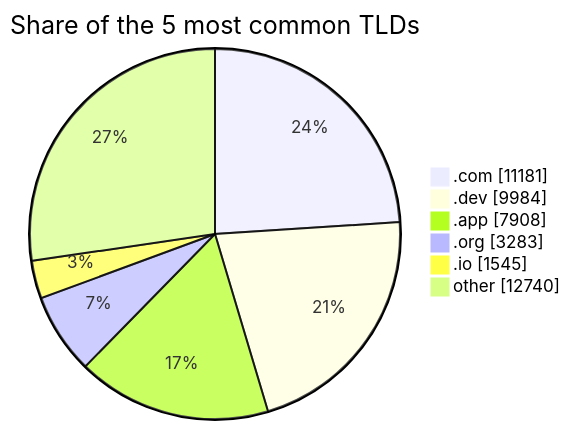
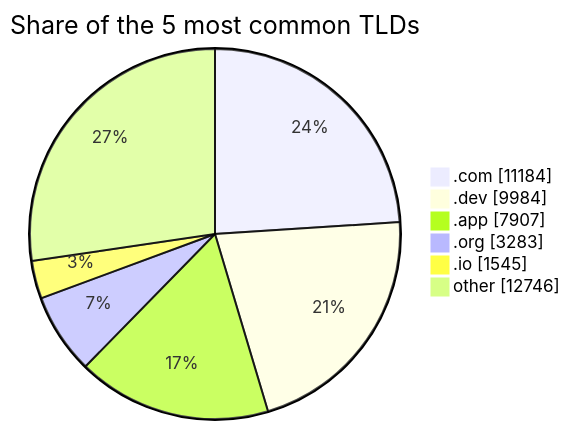
Before and after one commit to DNSBunker/CTI: the third of 3 diagrams in README.md, drawn with Mermaid. The commit also changed other lines of this file and 3 other files, not shown here.

````diff
--- a/README.md
+++ b/README.md
@@ -81,9 +81,9 @@
 ```mermaid
 pie showData title Share of the 5 most common TLDs
-    ".com" : 11181
+    ".com" : 11184
     ".dev" : 9984
-    ".app" : 7908
+    ".app" : 7907
     ".org" : 3283
     ".io" : 1545
-    "other" : 12740
+    "other" : 12746
 ```
````
